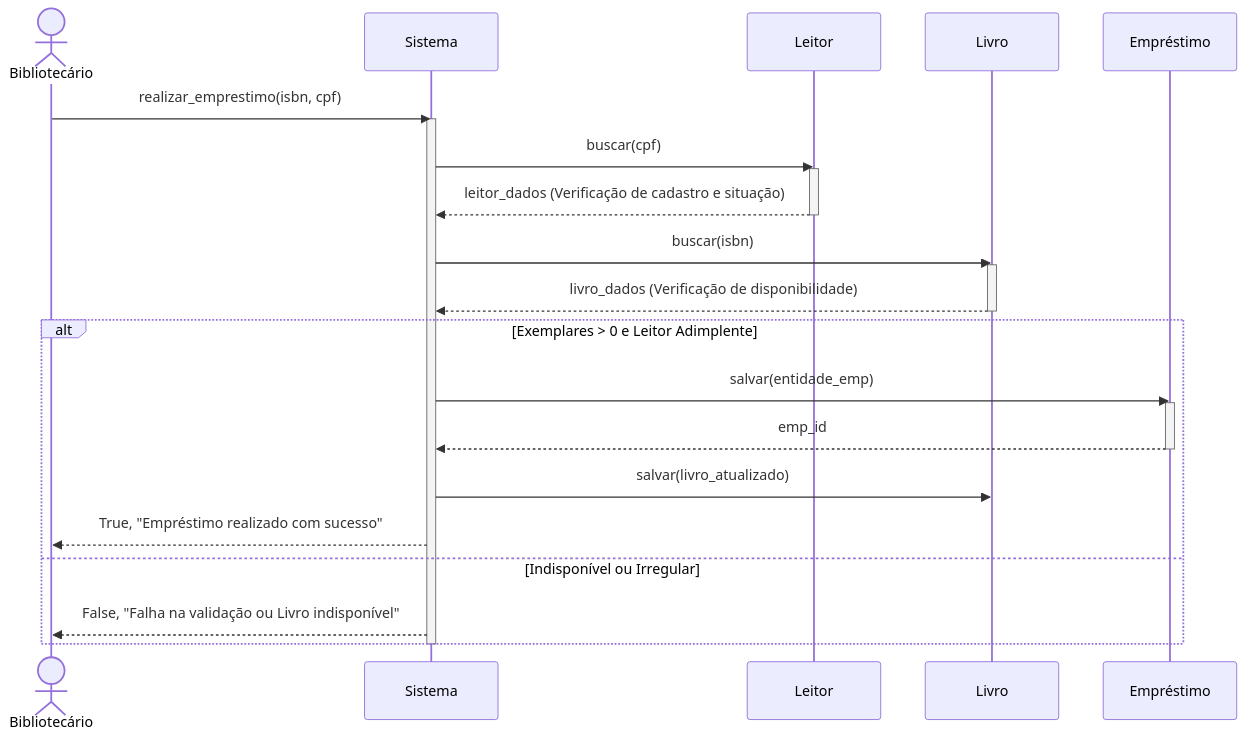
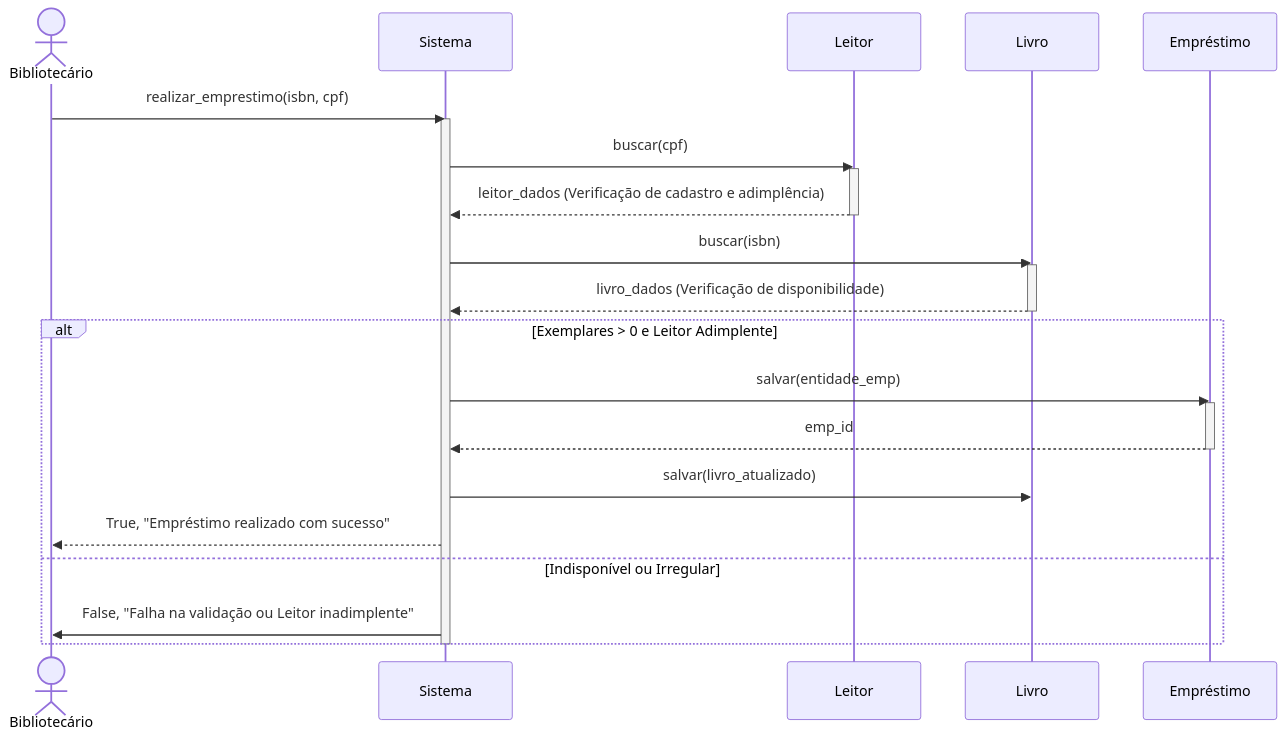
The second of 3 diagrams in modelagem-uml.md (lucasmzzz/es1-pratica-avaliada-2), drawn with Mermaid before and after one commit. The commit also changed 1 other file, not shown here.

Commit message:
fix: corrige bug critico de calculo de multa retroativa e adiciona validacao de adimplencia do leitor

````diff
--- a/modelagem-uml.md
+++ b/modelagem-uml.md
@@ -67,33 +67,33 @@
 ```mermaid
 sequenceDiagram
     actor B as Bibliotecário
     participant S as Sistema
     participant L as Leitor
     participant V as Livro
     participant E as Empréstimo
     
     B->>S: realizar_emprestimo(isbn, cpf)
     activate S
     
     S->>L: buscar(cpf)
     activate L
-    L-->>S: leitor_dados (Verificação de cadastro e situação)
+    L-->>S: leitor_dados (Verificação de cadastro e adimplência)
     deactivate L
     
     S->>V: buscar(isbn)
     activate V
     V-->>S: livro_dados (Verificação de disponibilidade)
     deactivate V
     
     alt Exemplares > 0 e Leitor Adimplente
         S->>E: salvar(entidade_emp)
         activate E
         E-->>S: emp_id
         deactivate E
         S->>V: salvar(livro_atualizado)
         S-->>B: True, "Empréstimo realizado com sucesso"
     else Indisponível ou Irregular
-        S-->>B: False, "Falha na validação ou Livro indisponível"
+        S->>B: False, "Falha na validação ou Leitor inadimplente"
     end
     deactivate S
 ```
````
